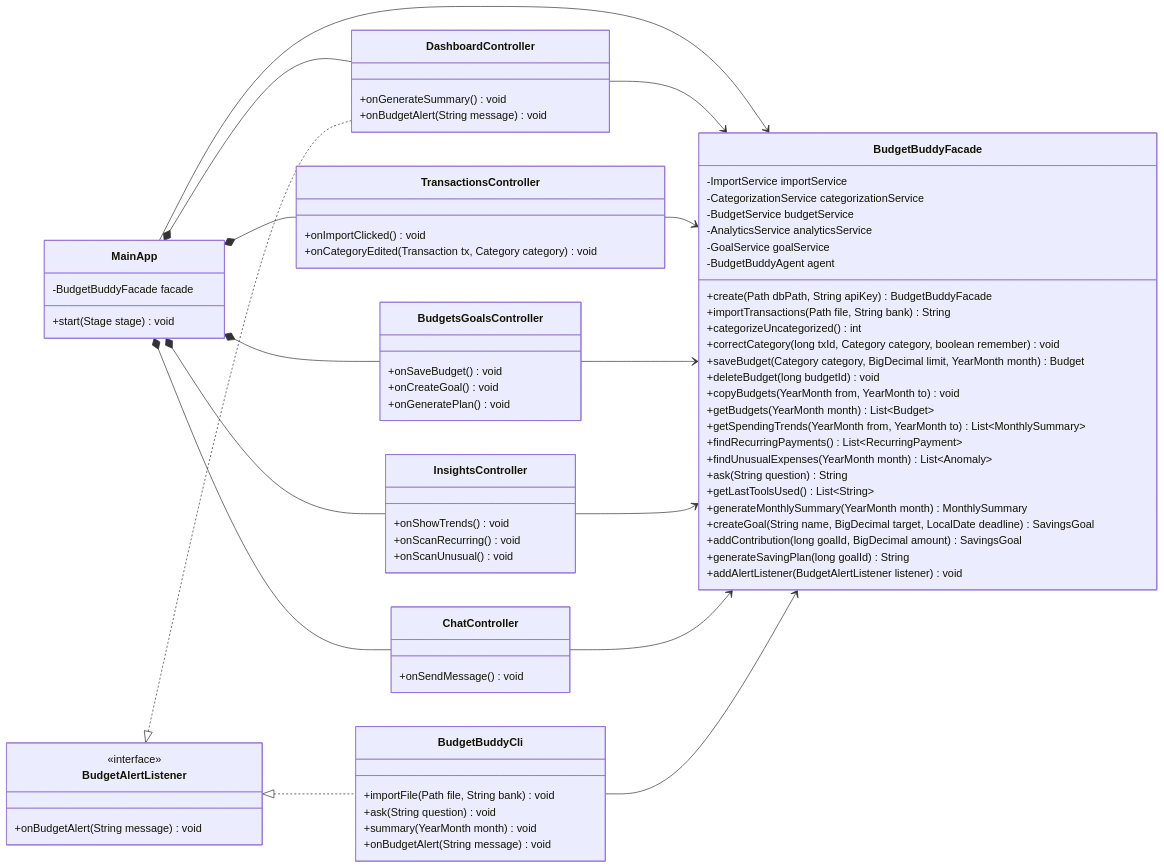
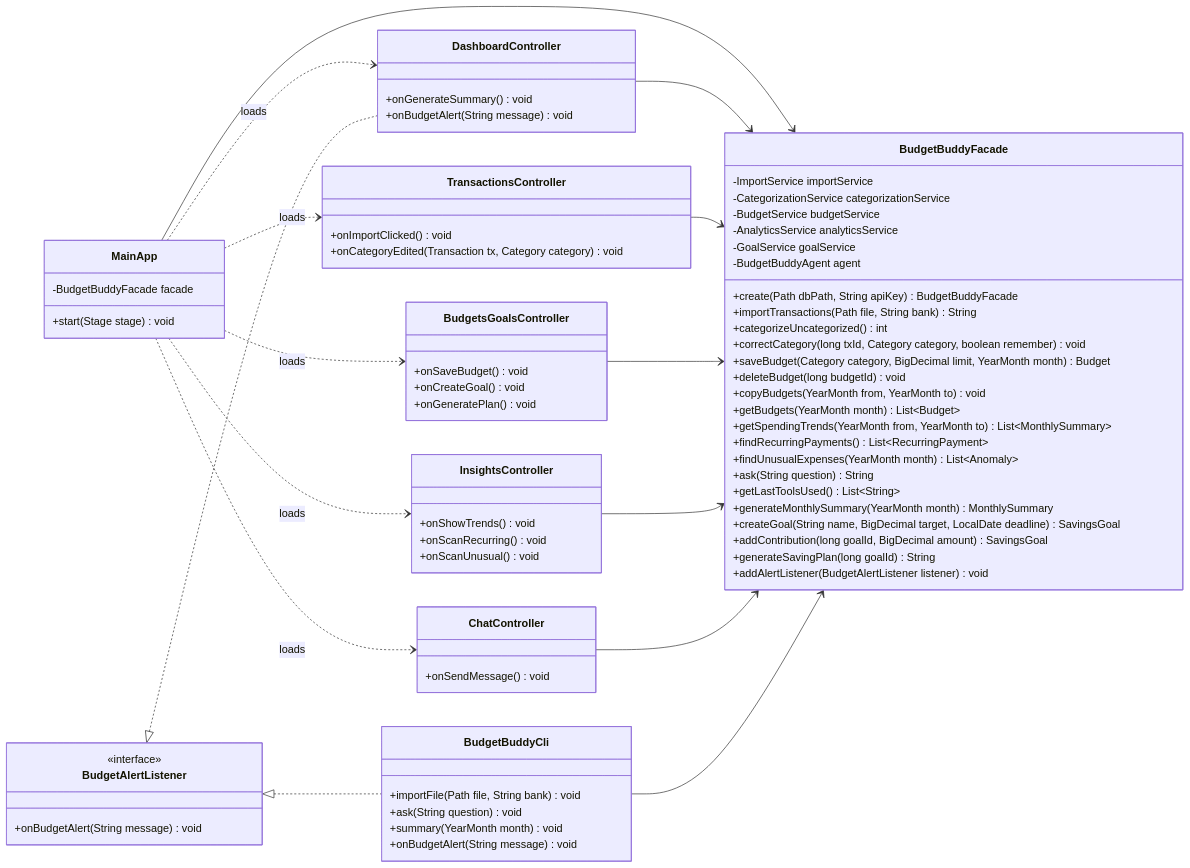
The second of 11 diagrams in docs/Stage1_Report.md (Abdi238/EECS3311-course-project), drawn with Mermaid before and after one commit. The commit also changed other lines of this file, not shown here.

````diff
--- a/docs/Stage1_Report.md
+++ b/docs/Stage1_Report.md
@@ -251,80 +251,80 @@
 ```mermaid
 classDiagram
     direction LR
     class MainApp {
         -BudgetBuddyFacade facade
         +start(Stage stage) void
     }
     class DashboardController {
         +onGenerateSummary() void
         +onBudgetAlert(String message) void
     }
     class TransactionsController {
         +onImportClicked() void
         +onCategoryEdited(Transaction tx, Category category) void
     }
     class BudgetsGoalsController {
         +onSaveBudget() void
         +onCreateGoal() void
         +onGeneratePlan() void
     }
     class InsightsController {
         +onShowTrends() void
         +onScanRecurring() void
         +onScanUnusual() void
     }
     class ChatController {
         +onSendMessage() void
     }
     class BudgetBuddyCli {
         +importFile(Path file, String bank) void
         +ask(String question) void
         +summary(YearMonth month) void
         +onBudgetAlert(String message) void
     }
     class BudgetAlertListener {
         <<interface>>
         +onBudgetAlert(String message) void
     }
     class BudgetBuddyFacade {
         -ImportService importService
         -CategorizationService categorizationService
         -BudgetService budgetService
         -AnalyticsService analyticsService
         -GoalService goalService
         -BudgetBuddyAgent agent
         +create(Path dbPath, String apiKey) BudgetBuddyFacade
         +importTransactions(Path file, String bank) String
         +categorizeUncategorized() int
         +correctCategory(long txId, Category category, boolean remember) void
         +saveBudget(Category category, BigDecimal limit, YearMonth month) Budget
         +deleteBudget(long budgetId) void
         +copyBudgets(YearMonth from, YearMonth to) void
         +getBudgets(YearMonth month) List~Budget~
         +getSpendingTrends(YearMonth from, YearMonth to) List~MonthlySummary~
         +findRecurringPayments() List~RecurringPayment~
         +findUnusualExpenses(YearMonth month) List~Anomaly~
         +ask(String question) String
         +getLastToolsUsed() List~String~
         +generateMonthlySummary(YearMonth month) MonthlySummary
         +createGoal(String name, BigDecimal target, LocalDate deadline) SavingsGoal
         +addContribution(long goalId, BigDecimal amount) SavingsGoal
         +generateSavingPlan(long goalId) String
         +addAlertListener(BudgetAlertListener listener) void
     }
 
     MainApp --> BudgetBuddyFacade
-    MainApp *-- DashboardController
-    MainApp *-- TransactionsController
-    MainApp *-- BudgetsGoalsController
-    MainApp *-- InsightsController
-    MainApp *-- ChatController
+    MainApp ..> DashboardController : loads
+    MainApp ..> TransactionsController : loads
+    MainApp ..> BudgetsGoalsController : loads
+    MainApp ..> InsightsController : loads
+    MainApp ..> ChatController : loads
     DashboardController --> BudgetBuddyFacade
     TransactionsController --> BudgetBuddyFacade
     BudgetsGoalsController --> BudgetBuddyFacade
     InsightsController --> BudgetBuddyFacade
     ChatController --> BudgetBuddyFacade
     BudgetBuddyCli --> BudgetBuddyFacade
     BudgetAlertListener <|.. DashboardController
     BudgetAlertListener <|.. BudgetBuddyCli
 ```
````
